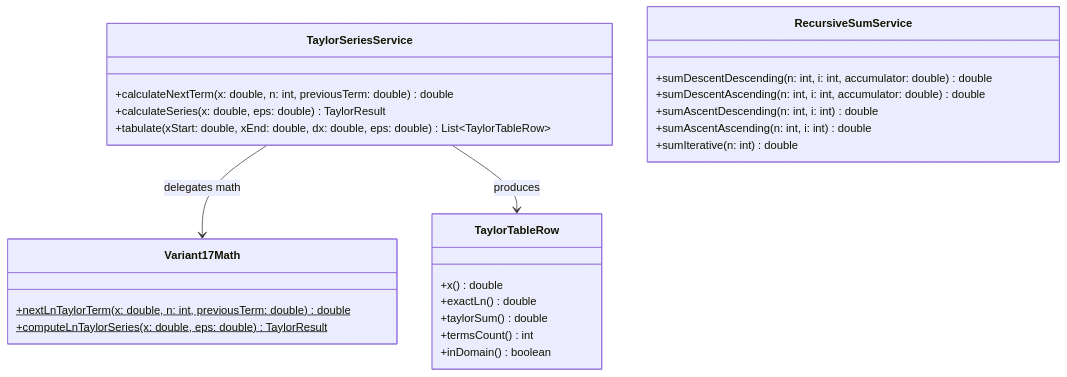
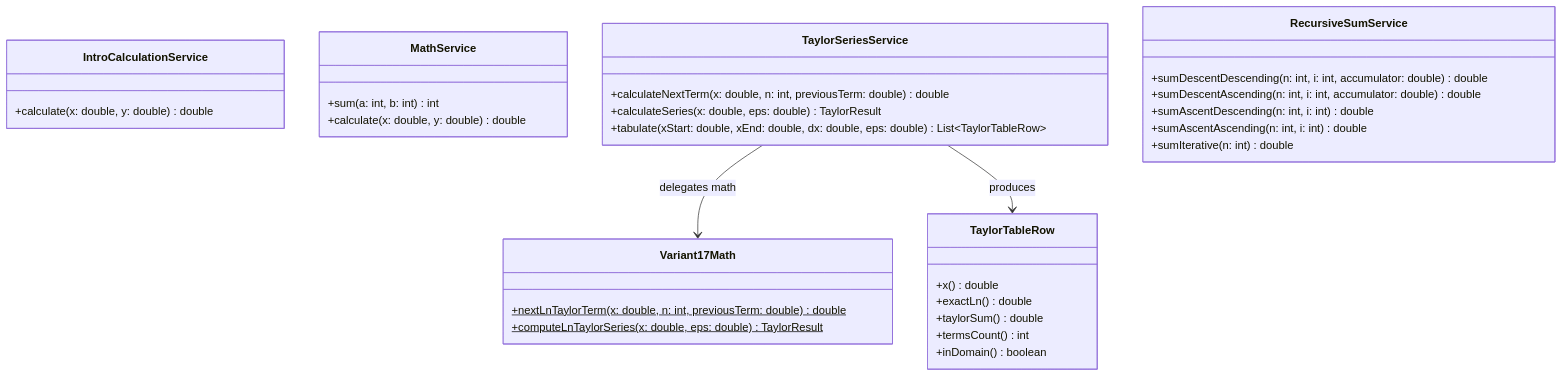
One commit to lviv-polytech/alg-java-labs changed the third of 3 diagrams in lb5/README.md. Above: the diagram before and after it, drawn with Mermaid. The commit also changed other lines of this file and 6 other files, not shown here.

````diff
--- a/lb5/README.md
+++ b/lb5/README.md
@@ -72,32 +73,41 @@
 ```mermaid
 classDiagram
+    class IntroCalculationService {
+        +calculate(x: double, y: double) double
+    }
+
+    class MathService {
+        +sum(a: int, b: int) int
+        +calculate(x: double, y: double) double
+    }
+
     class Variant17Math {
         +nextLnTaylorTerm(x: double, n: int, previousTerm: double) double$
         +computeLnTaylorSeries(x: double, eps: double) TaylorResult$
     }
 
     class TaylorSeriesService {
         +calculateNextTerm(x: double, n: int, previousTerm: double) double
         +calculateSeries(x: double, eps: double) TaylorResult
         +tabulate(xStart: double, xEnd: double, dx: double, eps: double) List~TaylorTableRow~
     }
 
     class TaylorTableRow {
         +x() double
         +exactLn() double
         +taylorSum() double
         +termsCount() int
         +inDomain() boolean
     }
 
     class RecursiveSumService {
         +sumDescentDescending(n: int, i: int, accumulator: double) double
         +sumDescentAscending(n: int, i: int, accumulator: double) double
         +sumAscentDescending(n: int, i: int) double
         +sumAscentAscending(n: int, i: int) double
         +sumIterative(n: int) double
     }
 
     TaylorSeriesService --> Variant17Math : delegates math
     TaylorSeriesService --> TaylorTableRow : produces
 ```
````
